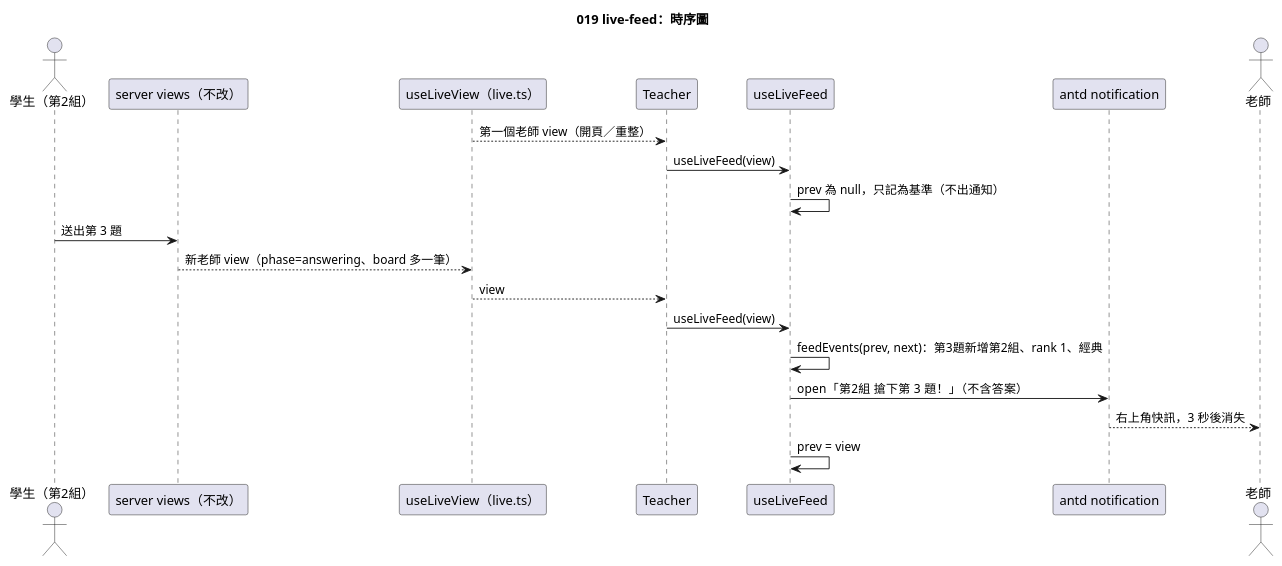
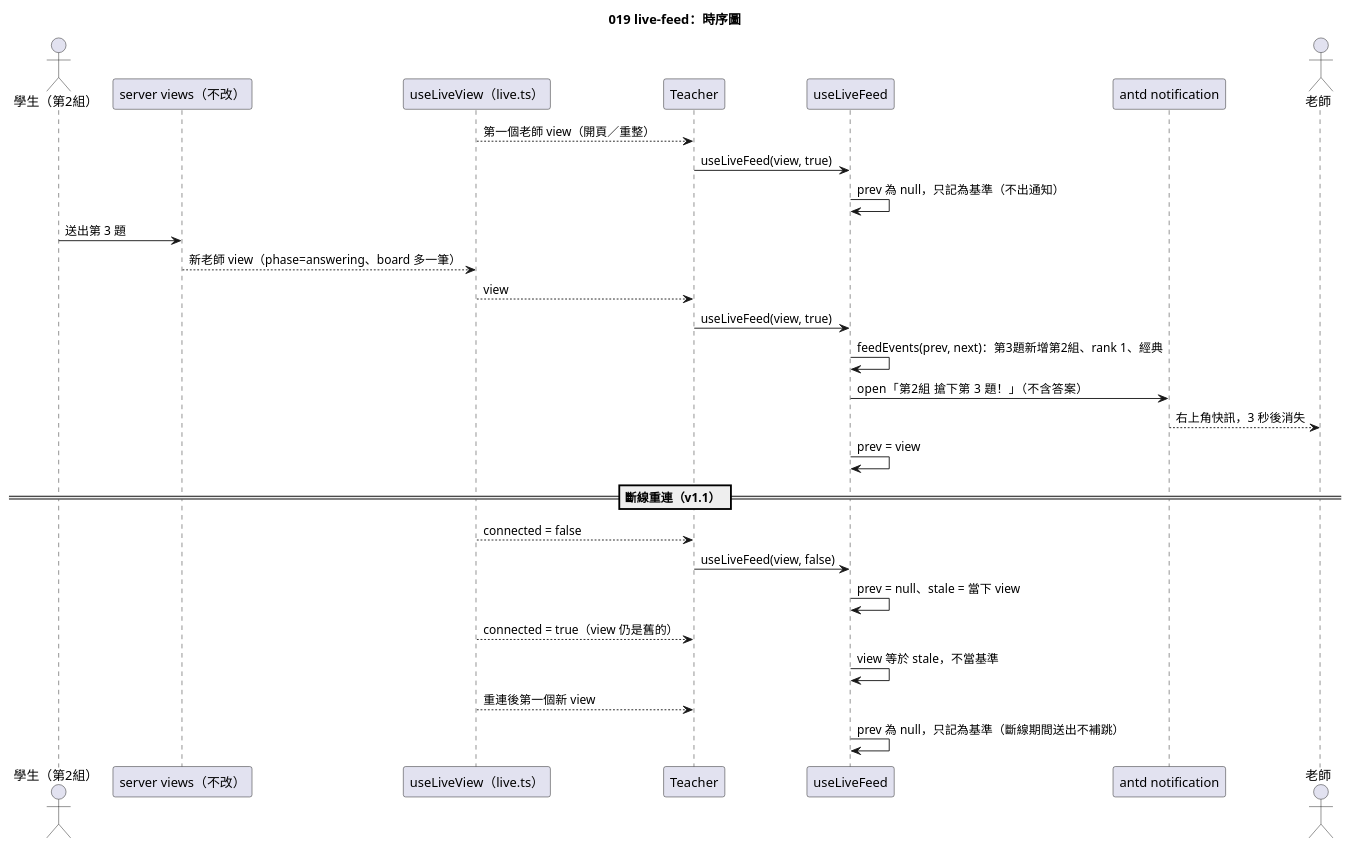
The diagram in diagrams/019-live-feed-sequence.puml (yue083139/software_fin-speckit), drawn with PlantUML before and after one commit. The commit also changed 3 other files, not shown here.

Commit message:
docs(diagrams): 019-live-feed 類別圖與時序圖補斷線重連分支

```diff
--- a/diagrams/019-live-feed-sequence.puml
+++ b/diagrams/019-live-feed-sequence.puml
@@ -1,23 +1,31 @@
 @startuml 019-live-feed-sequence
 title 019 live-feed：時序圖
 
 actor "學生（第2組）" as S
 participant "server views（不改）" as V
 participant "useLiveView（live.ts）" as L
 participant "Teacher" as T
 participant "useLiveFeed" as F
 participant "antd notification" as N
 actor "老師" as Teacher
 
 L --> T : 第一個老師 view（開頁／重整）
-T -> F : useLiveFeed(view)
+T -> F : useLiveFeed(view, true)
 F -> F : prev 為 null，只記為基準（不出通知）
 S -> V : 送出第 3 題
 V --> L : 新老師 view（phase=answering、board 多一筆）
 L --> T : view
-T -> F : useLiveFeed(view)
+T -> F : useLiveFeed(view, true)
 F -> F : feedEvents(prev, next)：第3題新增第2組、rank 1、經典
 F -> N : open「第2組 搶下第 3 題！」（不含答案）
 N --> Teacher : 右上角快訊，3 秒後消失
 F -> F : prev = view
+== 斷線重連（v1.1） ==
+L --> T : connected = false
+T -> F : useLiveFeed(view, false)
+F -> F : prev = null、stale = 當下 view
+L --> T : connected = true（view 仍是舊的）
+F -> F : view 等於 stale，不當基準
+L --> T : 重連後第一個新 view
+F -> F : prev 為 null，只記為基準（斷線期間送出不補跳）
 @enduml
```
